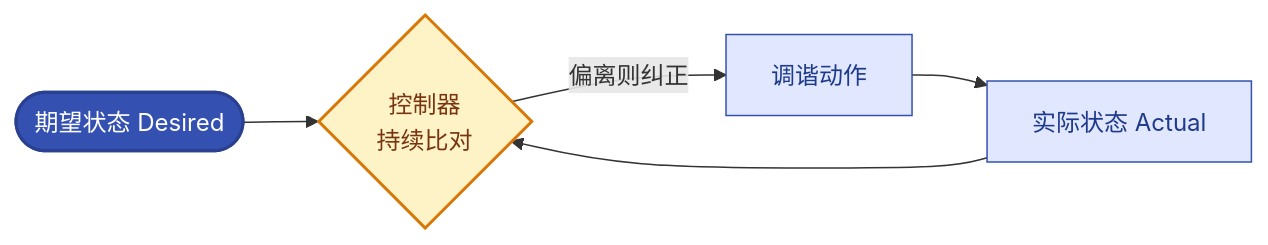
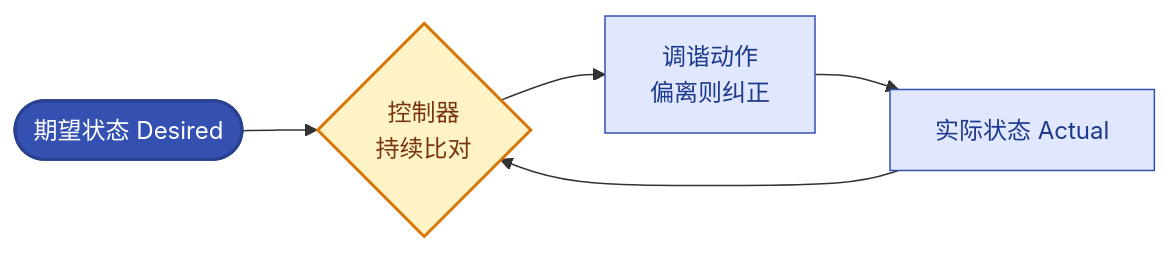
One commit to jackiesre721/ai-native-ops changed the diagram in docs/05-declarative-api-reconcile.md. Above: the diagram before and after it, drawn with Mermaid. The commit also changed 2 other files, not shown here.

Commit message:
fix: 三处图可读性修复
- ch5.2 reconcile: 边线标签'偏离则纠正'合进节点框(有色背景看得清)
- ch3 AI生命周期: 10节点竖排改2行(5+5 subgraph,隐藏边框),
  避免box太窄看不清
- ch11 金丝雀: LR改TB(竖排,决策分支自然侧展,避免超宽)

````diff
--- a/docs/05-declarative-api-reconcile.md
+++ b/docs/05-declarative-api-reconcile.md
@@ -109,13 +109,13 @@
 ```mermaid
 flowchart LR
     D([期望状态 Desired]) --> C{控制器<br/>持续比对}
     A[实际状态 Actual] --> C
-    C -->|偏离则纠正| ACT[调谐动作]
+    C --> ACT[调谐动作<br/>偏离则纠正]
     ACT --> A
     classDef start fill:#3451b2,color:#fff,stroke:#2a4090,stroke-width:2px
     classDef proc fill:#e0e7ff,stroke:#3451b2,color:#1e3a8a
     classDef decision fill:#fef3c7,stroke:#d97706,color:#78350f,stroke-width:2px
     class D start
     class C decision
     class A,ACT proc
 ```
````
